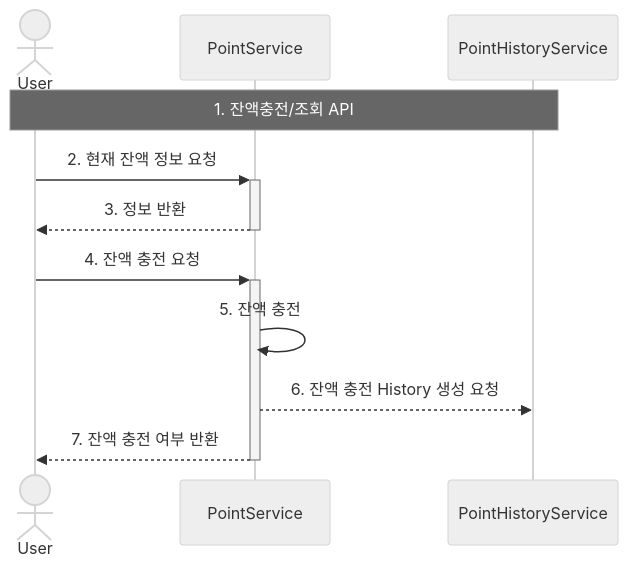
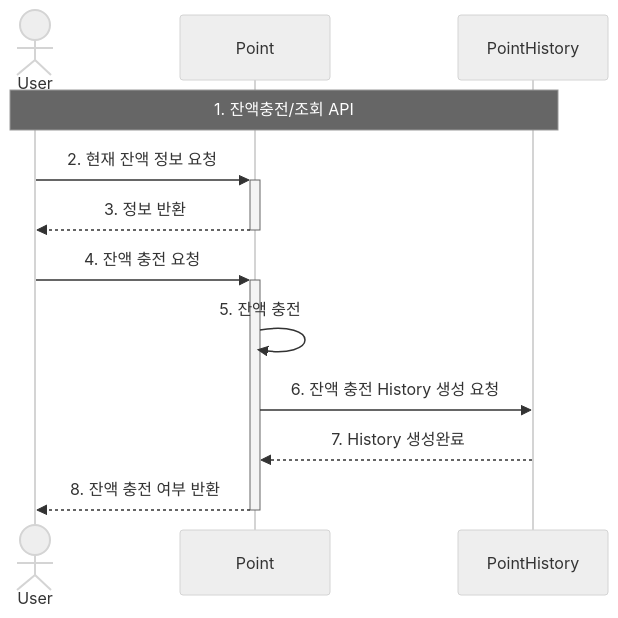
One commit to KrongDev/hhplus-concert changed the fifth of 6 diagrams in README.md. Above: the diagram before and after it, drawn with Mermaid (neutral theme). The commit also changed other lines of this file, not shown here.

Commit message:
feat: README.md ERD와 API 명세서 추가

````diff
--- a/README.md
+++ b/README.md
@@ -88,14 +137,16 @@
 ```mermaid
 sequenceDiagram
-    actor User
-    participant PointService
-    participant PointHistoryService
-    
-    Note over User,PointHistoryService: 1. 잔액충전/조회 API
-    User->>+PointService: 2. 현재 잔액 정보 요청
-    PointService-->>-User: 3. 정보 반환
-    User->>+PointService: 4. 잔액 충전 요청
-    PointService->>PointService: 5. 잔액 충전
-    PointService-->>PointHistoryService: 6. 잔액 충전 History 생성 요청
-    PointService-->>-User: 7. 잔액 충전 여부 반환
+
+	actor User
+	participant Point
+	participant PointHistory
+	
+	Note over User,PointHistory: 1. 잔액충전/조회 API
+	User->>+Point: 2. 현재 잔액 정보 요청
+	Point-->>-User: 3. 정보 반환
+	User->>+Point: 4. 잔액 충전 요청
+	Point->>Point: 5. 잔액 충전
+	Point->>PointHistory: 6. 잔액 충전 History 생성 요청
+	PointHistory-->>Point: 7. History 생성완료 
+	Point-->>-User: 8. 잔액 충전 여부 반환
 ```
````
